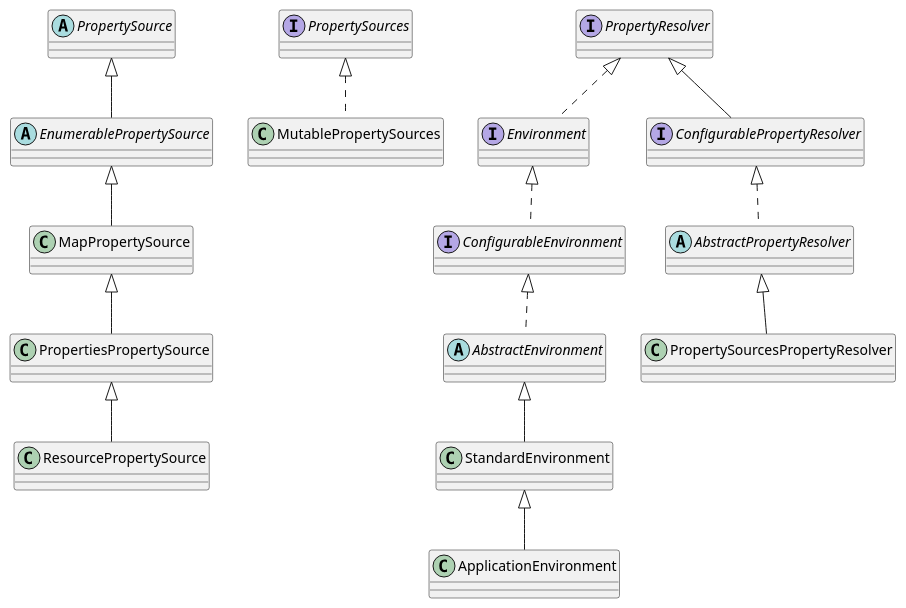
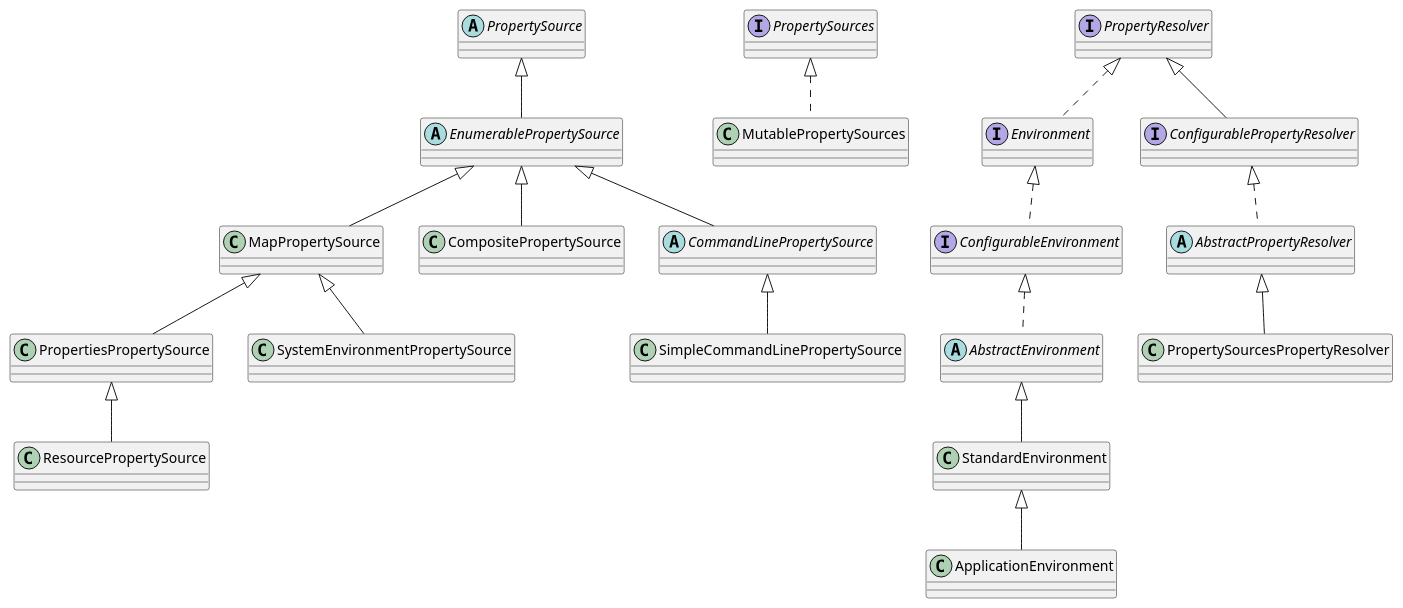
Before and after one commit to sergeyzolotukhin/learn-java-gradle: the diagram in learn-java/framework/spring/spring-xml-property/property.puml, drawn with PlantUML.

```diff
--- a/learn-java/framework/spring/spring-xml-property/property.puml
+++ b/learn-java/framework/spring/spring-xml-property/property.puml
@@ -1,41 +1,49 @@
 @startuml
 'https://plantuml.com/class-diagram
 
 abstract class PropertySource
 abstract class EnumerablePropertySource
 class MapPropertySource
 class PropertiesPropertySource
 class ResourcePropertySource
+class CompositePropertySource
+abstract class CommandLinePropertySource
+class SimpleCommandLinePropertySource
+class SystemEnvironmentPropertySource
 
 interface PropertySources
 class MutablePropertySources
 
 interface PropertyResolver
 interface Environment
 interface ConfigurableEnvironment
 abstract class AbstractEnvironment
 class StandardEnvironment
 class ApplicationEnvironment
 
 interface ConfigurablePropertyResolver
 abstract class AbstractPropertyResolver
 class PropertySourcesPropertyResolver
 
 PropertySource <|-- EnumerablePropertySource
 EnumerablePropertySource <|-- MapPropertySource
 MapPropertySource <|-- PropertiesPropertySource
+MapPropertySource <|-- SystemEnvironmentPropertySource
 PropertiesPropertySource <|-- ResourcePropertySource
+EnumerablePropertySource <|-- CompositePropertySource
+EnumerablePropertySource <|-- CommandLinePropertySource
+CommandLinePropertySource <|-- SimpleCommandLinePropertySource
 
 PropertySources <|.. MutablePropertySources
 
 PropertyResolver <|.. Environment
 Environment <|.. ConfigurableEnvironment
 ConfigurableEnvironment <|.. AbstractEnvironment
 AbstractEnvironment <|-- StandardEnvironment
 StandardEnvironment <|-- ApplicationEnvironment
 
 PropertyResolver <|-- ConfigurablePropertyResolver
 ConfigurablePropertyResolver <|.. AbstractPropertyResolver
 AbstractPropertyResolver <|-- PropertySourcesPropertyResolver
 
 @enduml
```
